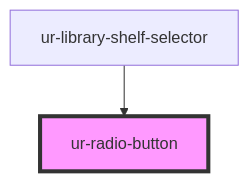
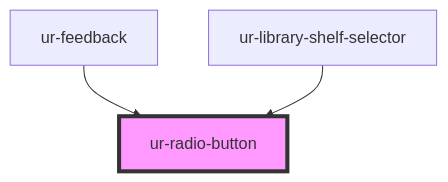
The diagram in src/components/ur-radio-button/readme.md (hellish/urnovl-web-components), drawn with Mermaid before and after one commit. The commit also changed other lines of this file and 22 other files, not shown here.

````diff
--- a/src/components/ur-radio-button/readme.md
+++ b/src/components/ur-radio-button/readme.md
@@ -32,5 +33,6 @@
 ```mermaid
 graph TD;
+  ur-feedback --> ur-radio-button
   ur-library-shelf-selector --> ur-radio-button
   style ur-radio-button fill:#f9f,stroke:#333,stroke-width:4px
 ```
````
